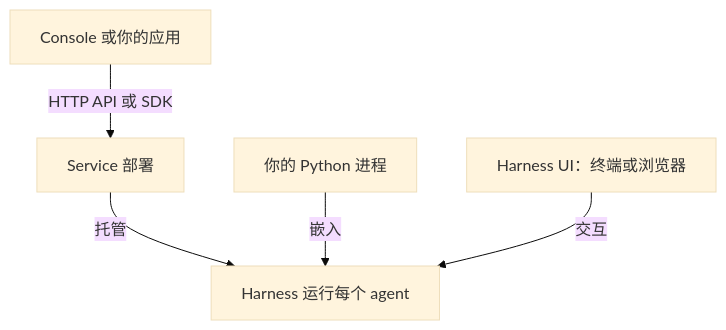
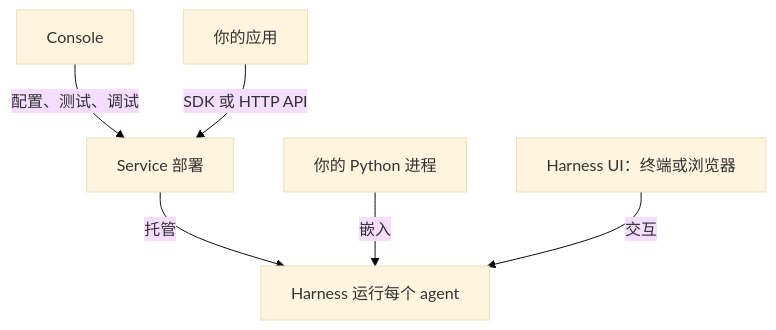
Before and after one commit to converge-ai-labs/agent-foundation: the diagram in docs/overview/choose-your-path.zh-CN.md, drawn with Mermaid (base theme). The commit also changed other lines of this file and 177 other files, not shown here.

````diff
--- a/docs/overview/choose-your-path.zh-CN.md
+++ b/docs/overview/choose-your-path.zh-CN.md
@@ -23,12 +23,13 @@
 ```mermaid
 flowchart TB
-    Client["Console 或你的应用"] -->|"HTTP API 或 SDK"| Service["Service 部署"]
+    Console["Console"] -->|"配置、测试、调试"| Service["Service 部署"]
+    Client["你的应用"] -->|"SDK 或 HTTP API"| Service
     Process["你的 Python 进程"]
     Workbench["Harness UI：终端或浏览器"]
     Service -->|"托管"| Harness["Harness 运行每个 agent"]
     Process -->|"嵌入"| Harness
     Workbench -->|"交互"| Harness
 
-    class Client,Process,Workbench app
+    class Console,Client,Process,Workbench app
     class Service,Harness a13n
 ```
````
